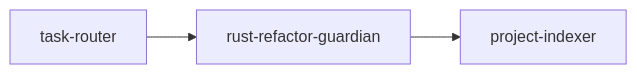
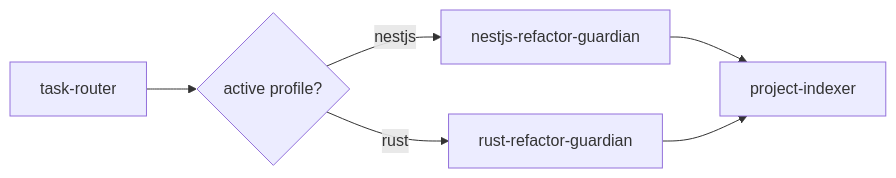
One commit to HoanDo95/CodexMinimal changed the seventh of 8 diagrams in README.md. Above: the diagram before and after it, drawn with Mermaid. The commit also changed other lines of this file and 1 other file, not shown here.

````diff
--- a/README.md
+++ b/README.md
@@ -165,5 +125,8 @@
 ```mermaid
 flowchart LR
-    A[task-router] --> B[rust-refactor-guardian]
-    B --> C[project-indexer]
+    A[task-router] --> B{active profile?}
+    B -->|nestjs| C[nestjs-refactor-guardian]
+    B -->|rust| D[rust-refactor-guardian]
+    C --> E[project-indexer]
+    D --> E
 ```
````
